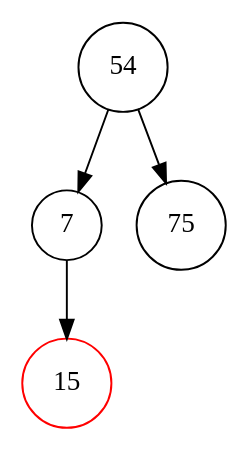
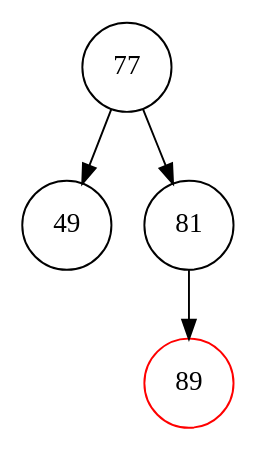
One commit to Koreleth/rbtrees changed the diagram in tree_step_3.dot. Above: the diagram before and after it, drawn with Graphviz. The commit also changed 19 other files, not shown here.

```diff
--- a/tree_step_3.dot
+++ b/tree_step_3.dot
@@ -1,10 +1,10 @@
 digraph RBTree {
     node [shape=circle];
-    "54" [color=black];
-    "54" -> "7";
-    "7" [color=black];
-    "7" -> "15";
-    "15" [color=red];
-    "54" -> "75";
-    "75" [color=black];
+    "77" [color=black];
+    "77" -> "49";
+    "49" [color=black];
+    "77" -> "81";
+    "81" [color=black];
+    "81" -> "89";
+    "89" [color=red];
 }
```
